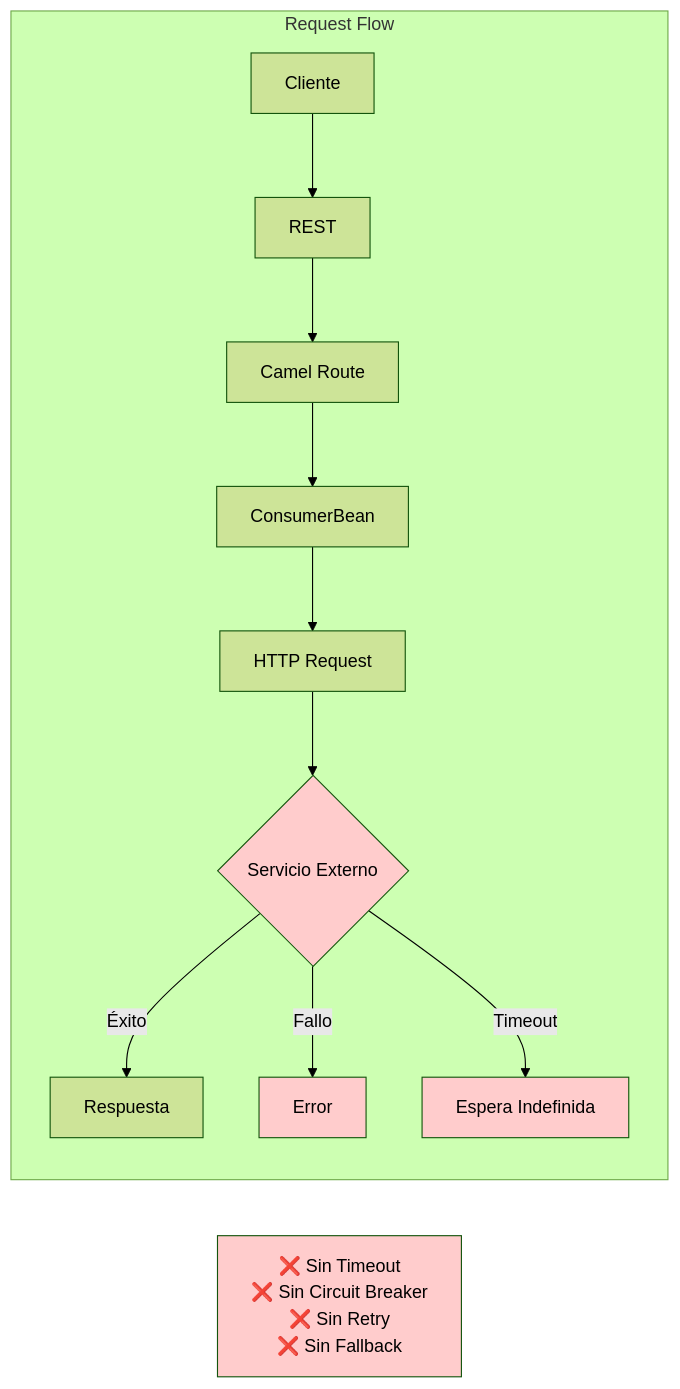
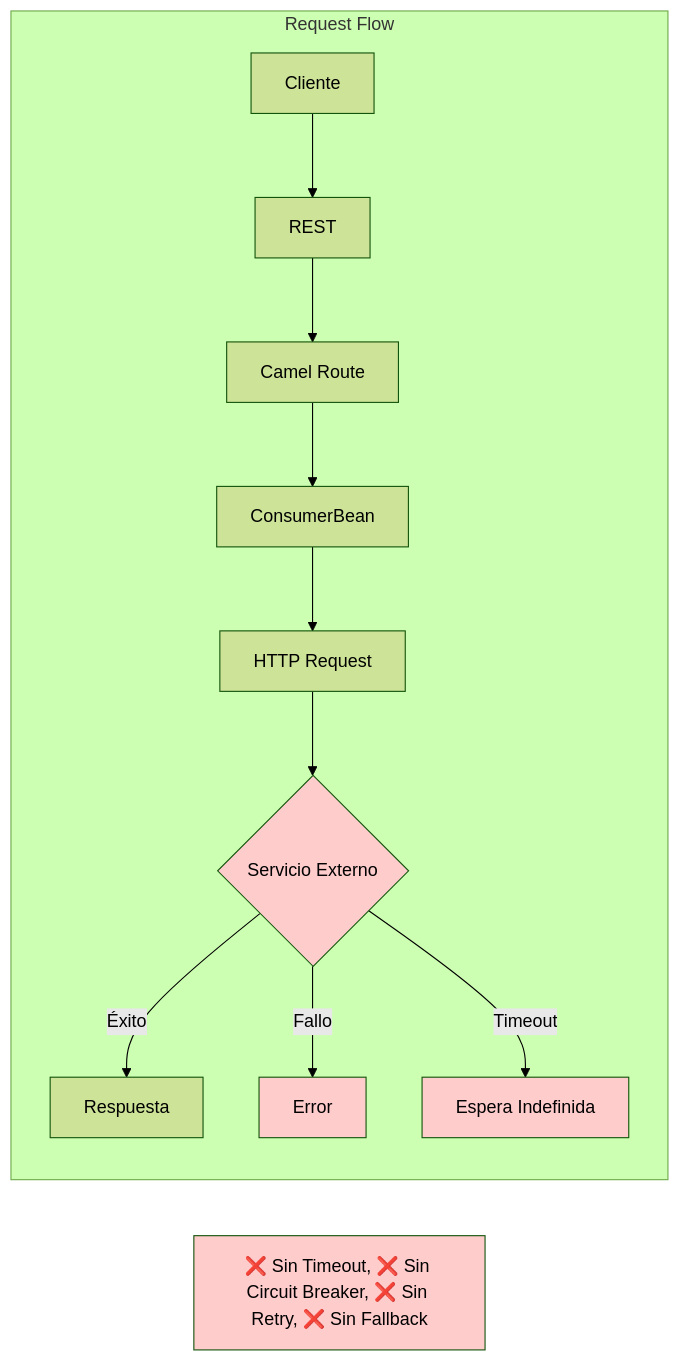
Before and after one commit to rrondinel/documents: the seventh of 27 diagrams in DIAGRAMAS_MERMAID_COMPARATIVOS.md, drawn with Mermaid (forest theme). The commit also changed other lines of this file, not shown here.

````diff
--- a/DIAGRAMAS_MERMAID_COMPARATIVOS.md
+++ b/DIAGRAMAS_MERMAID_COMPARATIVOS.md
@@ -307,21 +307,21 @@
 ```mermaid
 graph LR
     subgraph "Request Flow"
         A[Cliente] --> B[REST]
         B --> C[Camel Route]
         C --> D[ConsumerBean]
         D --> E[HTTP Request]
         E --> F{Servicio Externo}
         F -->|Éxito| G[Respuesta]
         F -->|Fallo| H[Error]
         F -->|Timeout| I[Espera Indefinida]
     end
     
     style H fill:#ffcccc
     style I fill:#ffcccc
     style F fill:#ffcccc
     
-    Note1[❌ Sin Timeout<br/>❌ Sin Circuit Breaker<br/>❌ Sin Retry<br/>❌ Sin Fallback]
+    Note1["❌ Sin Timeout, ❌ Sin Circuit Breaker, ❌ Sin Retry, ❌ Sin Fallback"]
     
     style Note1 fill:#ffcccc
 ```
````
